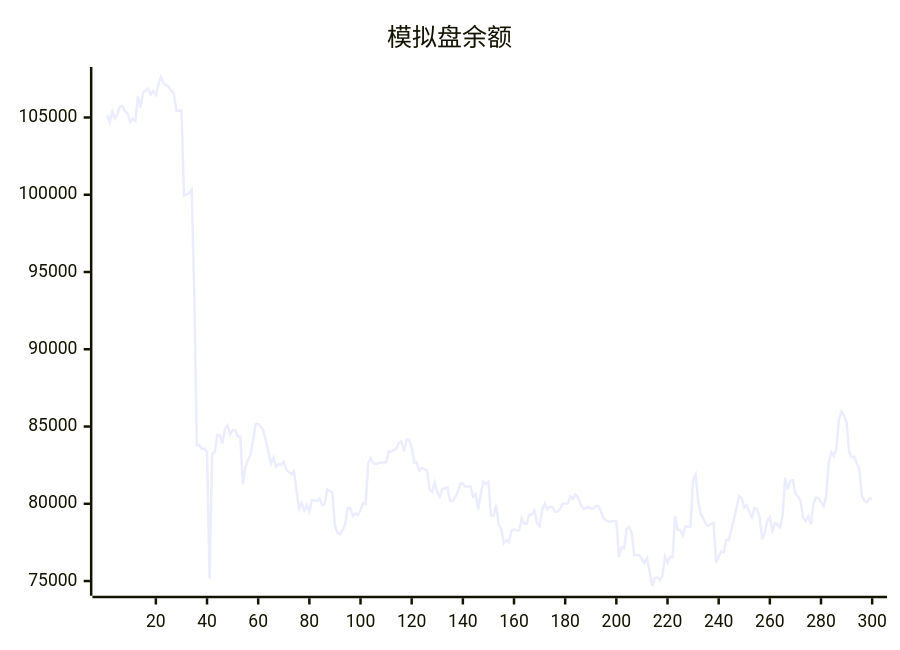
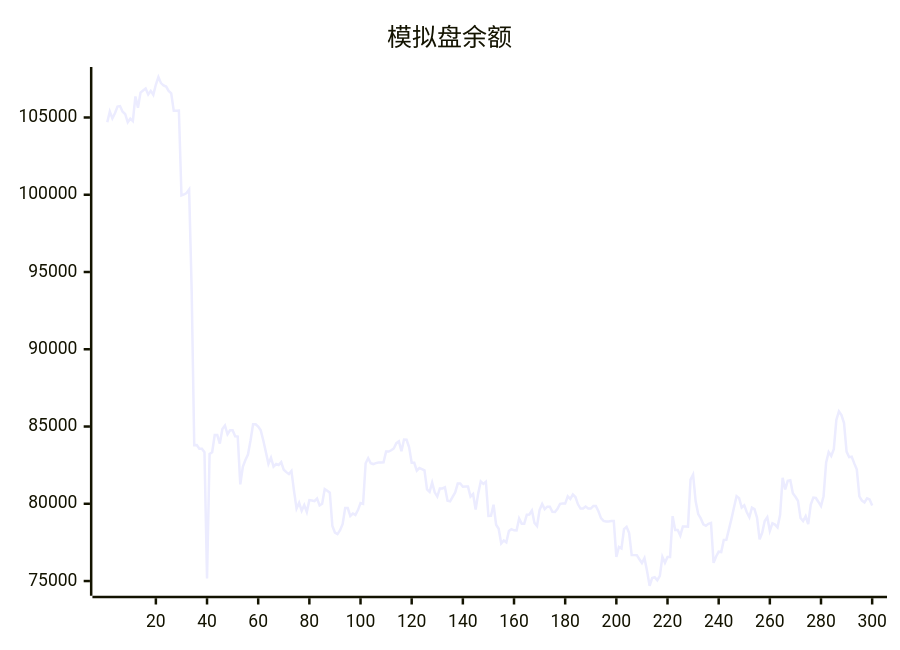
One commit to aahl/ai-trading changed the diagram in README.md. Above: the diagram before and after it, drawn with Mermaid. The commit also changed other lines of this file and 1 other file, not shown here.

````diff
--- a/README.md
+++ b/README.md
@@ -5,5 +5,5 @@
 ```mermaid
 xychart
     title "模拟盘余额"
-    line [105169,104690,105380,104941,105272,105709,105739,105374,105227,104691,104924,104762,106364,105628,106608,106748,106872,106485,106721,106468,107132,107620,107224,107080,107001,106717,106567,105431,105431,105440,99950,100017,100113,100337,93749,83795,83807,83567,83567,83342,75168,83222,83336,84448,84449,83896,84839,85065,84499,84757,84757,84364,84347,81254,82385,82835,83184,84099,85150,85150,85002,84751,84096,83356,82582,82983,82404,82572,82512,82688,82200,82047,81920,82125,80840,79688,80060,79552,79920,79470,80236,80208,80170,80336,79894,80006,80954,80837,80712,78561,78139,78037,78293,78682,79720,79720,79214,79372,79279,79591,80046,79993,82625,82950,82626,82571,82633,82670,82670,82681,83386,83378,83464,83579,83920,84037,83402,84160,84142,83652,82655,82655,82145,82315,82243,82163,80934,80770,81371,80742,80468,80989,80989,81067,80191,80155,80450,80737,81309,81309,81106,81119,81119,80471,80631,79624,80670,81448,81290,81429,79212,79222,79940,78643,78380,77432,77623,77504,78235,78358,78284,78277,79048,78714,78714,79290,79308,79567,78763,78563,79603,79988,79652,79813,79813,79476,79469,79673,79995,80015,80015,80486,80314,80600,80436,79966,79689,79689,79819,79692,79692,79850,79850,79518,79071,78889,78850,78850,78878,78878,76554,77202,77103,78357,78510,78106,76678,76677,76672,76411,76159,76485,75656,74695,75197,75246,75052,75334,76564,76179,76553,76551,79196,78300,78300,77944,78531,78531,78521,81564,81884,80160,79335,79055,78675,78580,78708,78764,76179,76586,76902,76876,77658,77669,78346,79023,79769,80497,80366,79761,79896,79448,79126,79749,79658,79097,77695,78114,78888,79126,78249,78738,78653,78478,79271,81680,80923,81488,81527,80681,80455,80190,79084,78879,79193,78686,79954,80403,80374,80118,79848,80491,82665,83351,83098,83525,85430,85983,85737,85221,83378,83014,83043,82613,82216,80477,80208,80081,80348,80277]
+    line [104690,105380,104941,105272,105709,105739,105374,105227,104691,104924,104762,106364,105628,106608,106748,106872,106485,106721,106468,107132,107620,107224,107080,107001,106717,106567,105431,105431,105440,99950,100017,100113,100337,93749,83795,83807,83567,83567,83342,75168,83222,83336,84448,84449,83896,84839,85065,84499,84757,84757,84364,84347,81254,82385,82835,83184,84099,85150,85150,85002,84751,84096,83356,82582,82983,82404,82572,82512,82688,82200,82047,81920,82125,80840,79688,80060,79552,79920,79470,80236,80208,80170,80336,79894,80006,80954,80837,80712,78561,78139,78037,78293,78682,79720,79720,79214,79372,79279,79591,80046,79993,82625,82950,82626,82571,82633,82670,82670,82681,83386,83378,83464,83579,83920,84037,83402,84160,84142,83652,82655,82655,82145,82315,82243,82163,80934,80770,81371,80742,80468,80989,80989,81067,80191,80155,80450,80737,81309,81309,81106,81119,81119,80471,80631,79624,80670,81448,81290,81429,79212,79222,79940,78643,78380,77432,77623,77504,78235,78358,78284,78277,79048,78714,78714,79290,79308,79567,78763,78563,79603,79988,79652,79813,79813,79476,79469,79673,79995,80015,80015,80486,80314,80600,80436,79966,79689,79689,79819,79692,79692,79850,79850,79518,79071,78889,78850,78850,78878,78878,76554,77202,77103,78357,78510,78106,76678,76677,76672,76411,76159,76485,75656,74695,75197,75246,75052,75334,76564,76179,76553,76551,79196,78300,78300,77944,78531,78531,78521,81564,81884,80160,79335,79055,78675,78580,78708,78764,76179,76586,76902,76876,77658,77669,78346,79023,79769,80497,80366,79761,79896,79448,79126,79749,79658,79097,77695,78114,78888,79126,78249,78738,78653,78478,79271,81680,80923,81488,81527,80681,80455,80190,79084,78879,79193,78686,79954,80403,80374,80118,79848,80491,82665,83351,83098,83525,85430,85983,85737,85221,83378,83014,83043,82613,82216,80477,80208,80081,80348,80277,79894]
 ```
````
